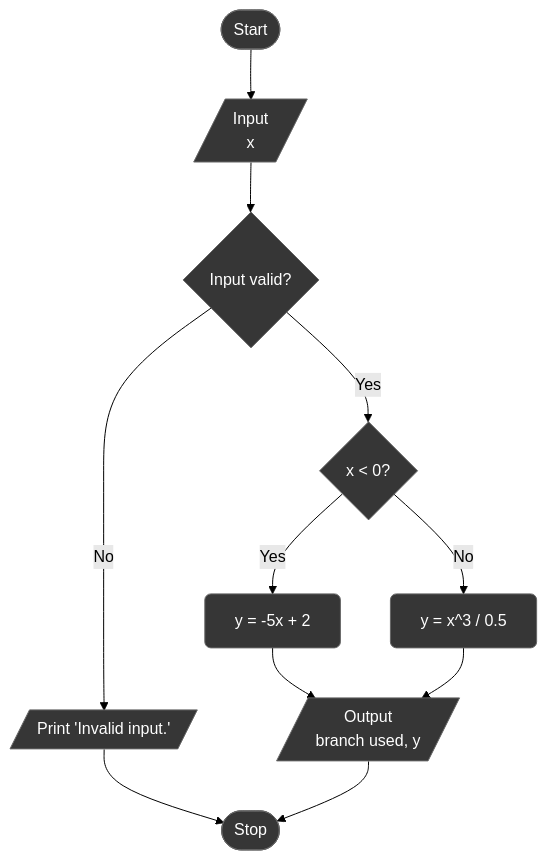
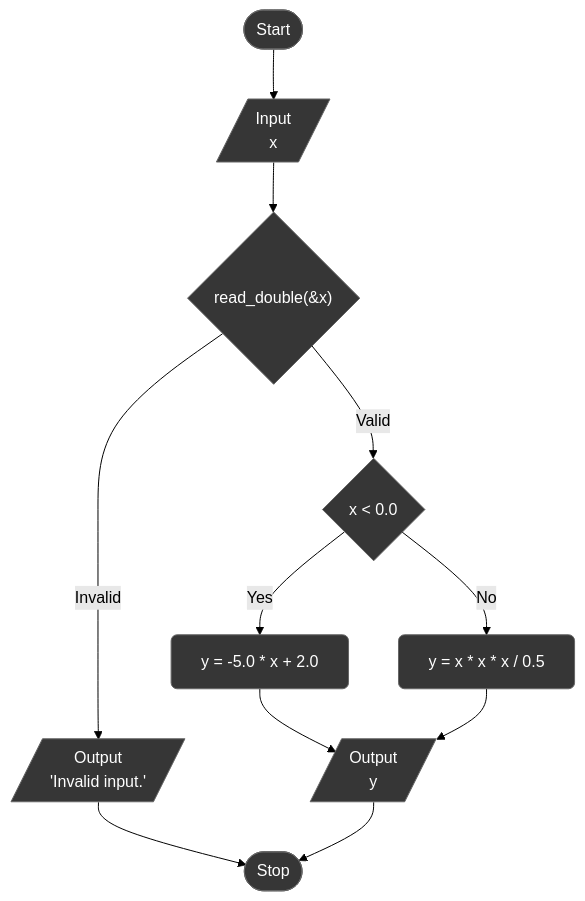
One commit to nykonhrytsyshyn/khnu-prog-labs changed the fourth of 5 diagrams in lab_02/README.md. Above: the diagram before and after it, drawn with Mermaid (forest theme). The commit also changed other lines of this file and 11 other files, not shown here.

````diff
--- a/lab_02/README.md
+++ b/lab_02/README.md
@@ -142,16 +142,16 @@
 ```mermaid
 flowchart TD
   A(["Start"]) --> B[/"Input<br/>x"/]
-  B --> C{"Input valid?"}
-  C -->|No| D[/"Print 'Invalid input.'"/]
-  C -->|Yes| E{"x < 0?"}
-  E -->|Yes| F["y = -5x + 2"]
-  E -->|No| G["y = x^3 / 0.5"]
-  F --> H[/"Output<br/>branch used, y"/]
+  B --> C{"read_double(&x)"}
+  C -->|Invalid| D[/"Output<br/>'Invalid input.'"/]
+  C -->|Valid| E{"x < 0.0"}
+  E -->|Yes| F["y = -5.0 * x + 2.0"]
+  E -->|No| G["y = x * x * x / 0.5"]
+  F --> H[/"Output<br/>y"/]
   G --> H
   D --> I(["Stop"])
   H --> I
 
   classDef stage fill:#363636,stroke:#666,color:#fff,rx:6,ry:6
   class A,B,C,D,E,F,G,H,I stage
 ```
````
